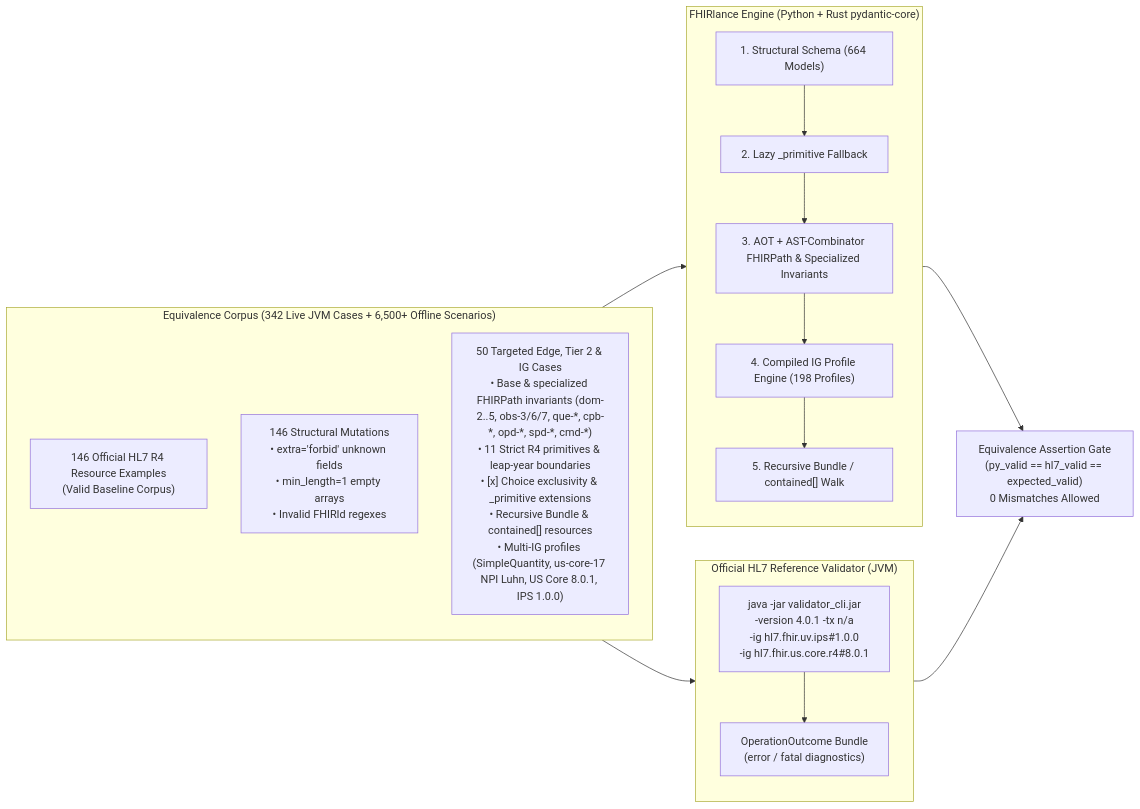
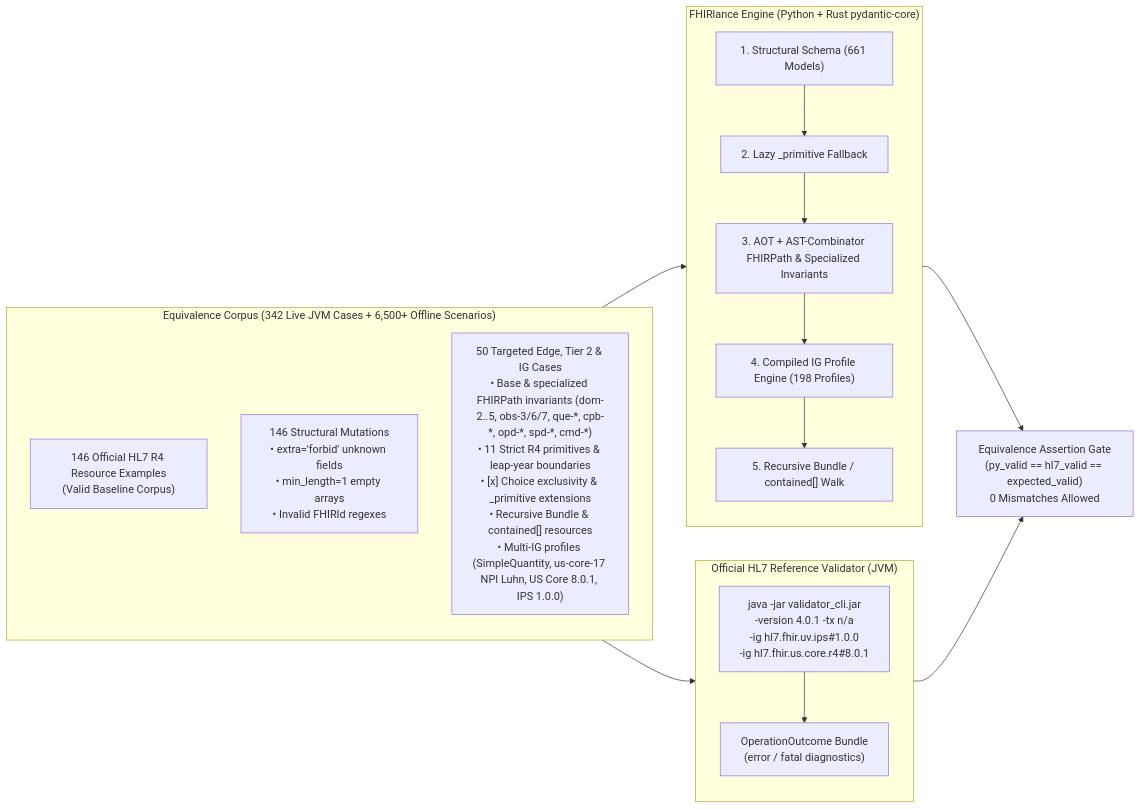
Before and after one commit to damsonaldson/FHIRlance: the diagram in docs/equivalence-and-testing.md, drawn with Mermaid. The commit also changed other lines of this file and 7 other files, not shown here.

````diff
--- a/docs/equivalence-and-testing.md
+++ b/docs/equivalence-and-testing.md
@@ -20,31 +20,31 @@
 ```mermaid
 flowchart LR
     subgraph Corpus["Equivalence Corpus (342 Live JVM Cases + 6,500+ Offline Scenarios)"]
         direction TB
         C1["146 Official HL7 R4 Resource Examples<br/>(Valid Baseline Corpus)"]
         C2["146 Structural Mutations<br/>• extra='forbid' unknown fields<br/>• min_length=1 empty arrays<br/>• Invalid FHIRId regexes"]
         C3["50 Targeted Edge, Tier 2 & IG Cases<br/>• Base & specialized FHIRPath invariants (dom-2..5, obs-3/6/7, que-*, cpb-*, opd-*, spd-*, cmd-*)<br/>• 11 Strict R4 primitives & leap-year boundaries<br/>• [x] Choice exclusivity & _primitive extensions<br/>• Recursive Bundle & contained[] resources<br/>• Multi-IG profiles (SimpleQuantity, us-core-17 NPI Luhn, US Core 8.0.1, IPS 1.0.0)"]
     end
 
     subgraph PY["FHIRlance Engine (Python + Rust pydantic-core)"]
         direction TB
-        P1["1. Structural Schema (664 Models)"]
+        P1["1. Structural Schema (661 Models)"]
         P2["2. Lazy _primitive Fallback"]
         P3["3. AOT + AST-Combinator FHIRPath & Specialized Invariants"]
         P4["4. Compiled IG Profile Engine (198 Profiles)"]
         P5["5. Recursive Bundle / contained[] Walk"]
         P1 --> P2 --> P3 --> P4 --> P5
     end
 
     subgraph JAVA["Official HL7 Reference Validator (JVM)"]
         direction TB
         J1["java -jar validator_cli.jar<br/>-version 4.0.1 -tx n/a<br/>-ig hl7.fhir.uv.ips#1.0.0<br/>-ig hl7.fhir.us.core.r4#8.0.1"]
         J2["OperationOutcome Bundle<br/>(error / fatal diagnostics)"]
         J1 --> J2
     end
 
     ASSERT["Equivalence Assertion Gate<br/>(py_valid == hl7_valid == expected_valid)<br/>0 Mismatches Allowed"]
 
     Corpus --> PY --> ASSERT
     Corpus --> JAVA --> ASSERT
 ```
````
